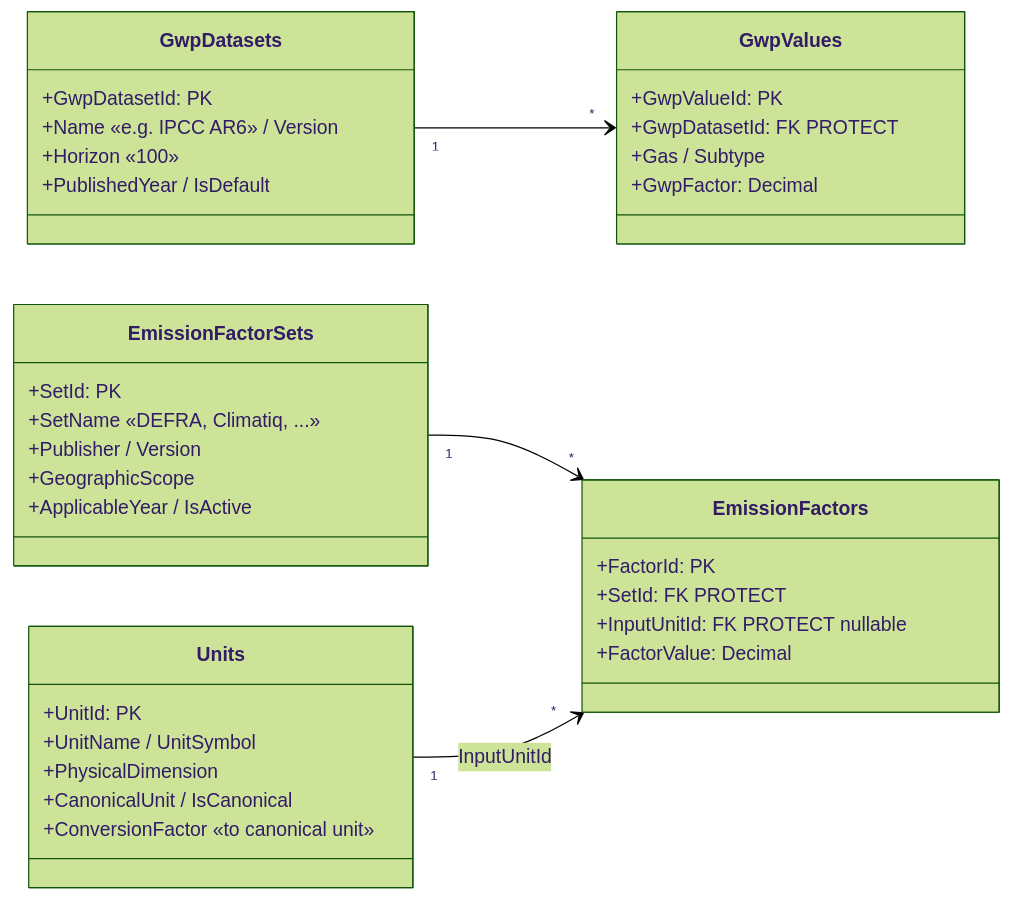
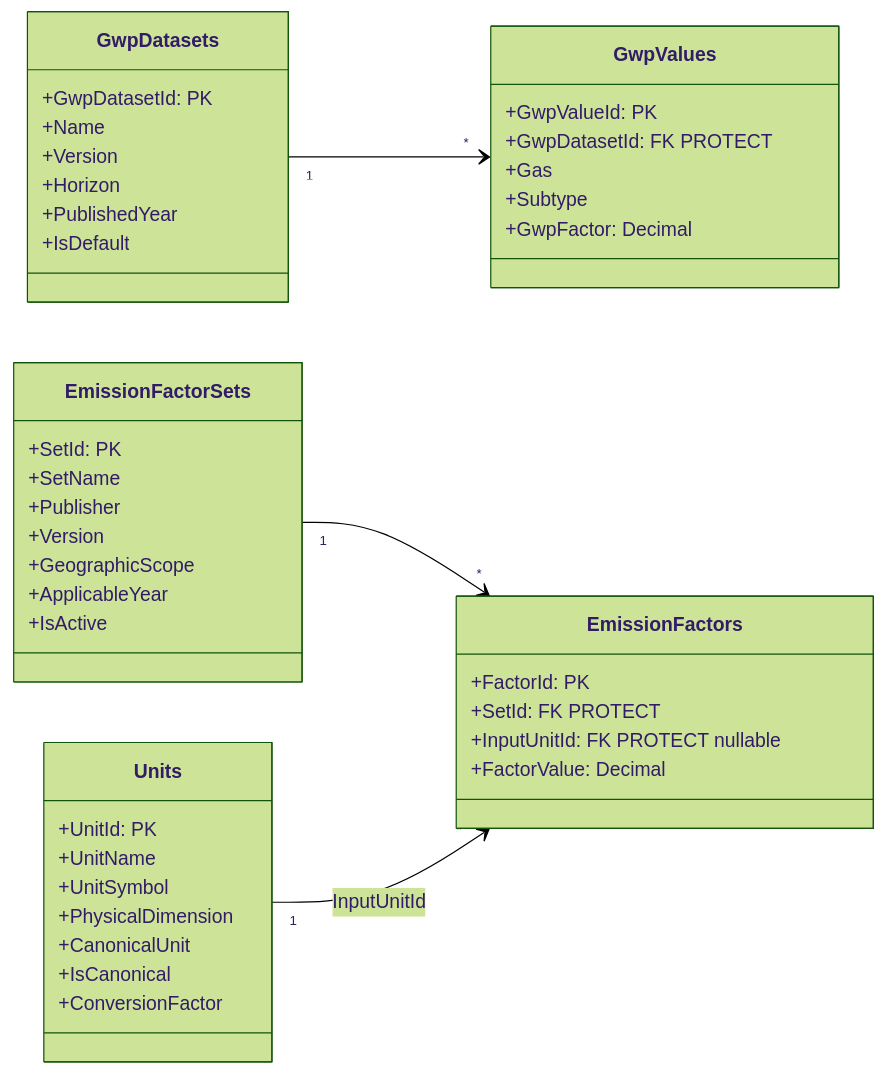
Before and after one commit to Software-Lifecycle-Consultants/SusDevOS-Pro: the first of 5 diagrams in docs/diagrams/uml/03-domain-ghg.md, drawn with Mermaid (forest theme). The commit also changed other lines of this file and 13 other files, not shown here.

First line of the commit message:
docs: update stories and diagrams for the inventory lifecycle

````diff
--- a/docs/diagrams/uml/03-domain-ghg.md
+++ b/docs/diagrams/uml/03-domain-ghg.md
@@ -11,41 +12,48 @@
 ```mermaid
 classDiagram
     direction LR
 
     class GwpDatasets {
         +GwpDatasetId: PK
-        +Name «e.g. IPCC AR6» / Version
-        +Horizon «100»
-        +PublishedYear / IsDefault
+        +Name
+        +Version
+        +Horizon
+        +PublishedYear
+        +IsDefault
     }
     class GwpValues {
         +GwpValueId: PK
         +GwpDatasetId: FK PROTECT
-        +Gas / Subtype
+        +Gas
+        +Subtype
         +GwpFactor: Decimal
     }
     class Units {
         +UnitId: PK
-        +UnitName / UnitSymbol
+        +UnitName
+        +UnitSymbol
         +PhysicalDimension
-        +CanonicalUnit / IsCanonical
-        +ConversionFactor «to canonical unit»
+        +CanonicalUnit
+        +IsCanonical
+        +ConversionFactor
     }
     class EmissionFactorSets {
         +SetId: PK
-        +SetName «DEFRA, Climatiq, ...»
-        +Publisher / Version
+        +SetName
+        +Publisher
+        +Version
         +GeographicScope
-        +ApplicableYear / IsActive
+        +ApplicableYear
+        +IsActive
     }
     class EmissionFactors {
         +FactorId: PK
         +SetId: FK PROTECT
         +InputUnitId: FK PROTECT nullable
         +FactorValue: Decimal
     }
 
     GwpDatasets "1" --> "*" GwpValues
     EmissionFactorSets "1" --> "*" EmissionFactors
     Units "1" --> "*" EmissionFactors : InputUnitId
 ```
````
